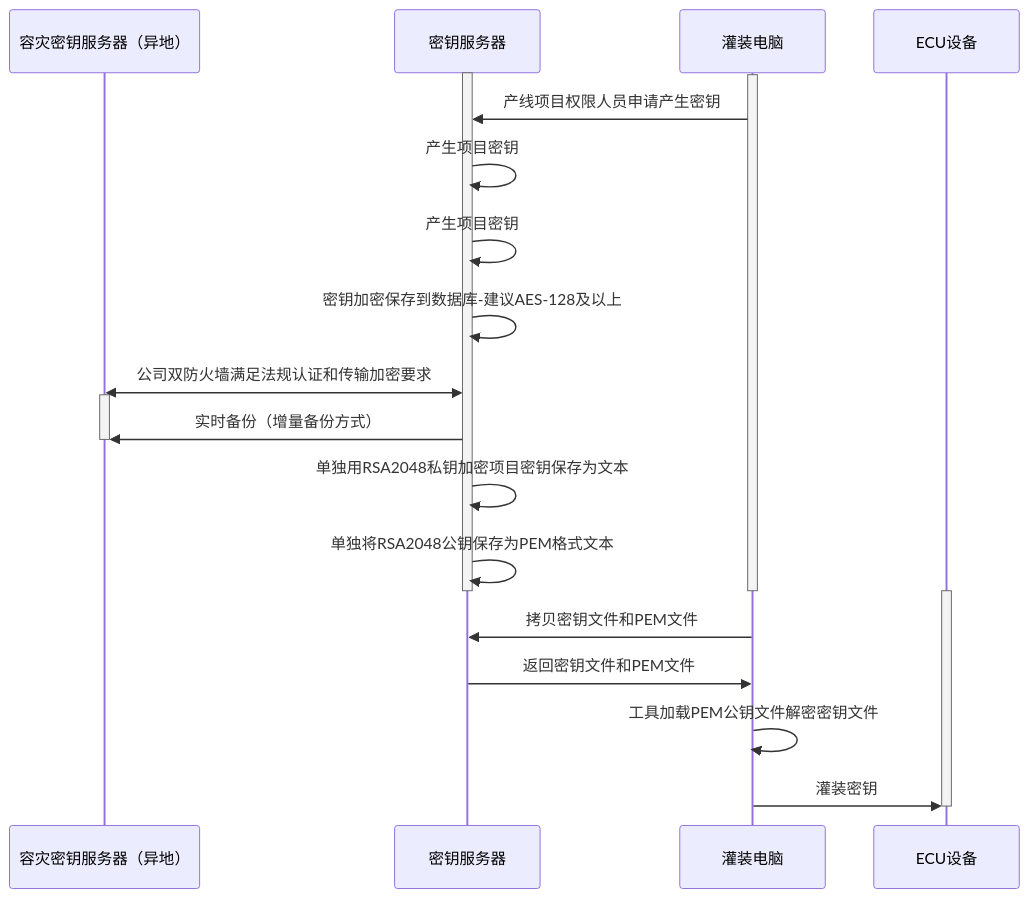
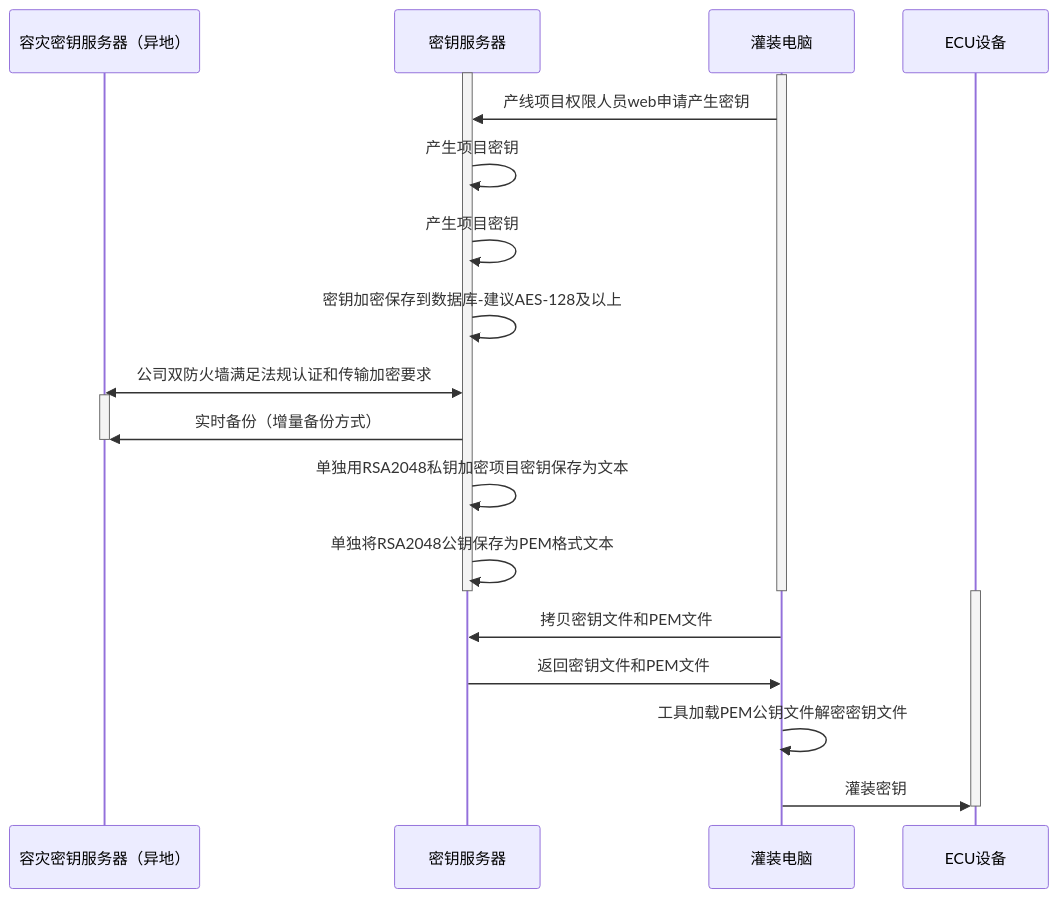
Before and after one commit to facebook-cloud/iodraw-files: the diagram in all/未命名-15.md, drawn with Mermaid.

Commit message:
2026-02-11 19:26:40 update

````diff
--- a/all/未命名-15.md
+++ b/all/未命名-15.md
@@ -1,31 +1,31 @@
 ```mermaid
 sequenceDiagram
     participant A as 容灾密钥服务器（异地）
     participant B as 密钥服务器
     participant D as 灌装电脑
     participant E as ECU设备
 
     activate B
     activate D
-    D->>B: 产线项目权限人员申请产生密钥
+    D->>B: 产线项目权限人员web申请产生密钥
     B->>B: 产生项目密钥
     B->>B: 产生项目密钥
     B->>B: 密钥加密保存到数据库-建议AES-128及以上
     A<<->>B: 公司双防火墙满足法规认证和传输加密要求
 
     activate A
     B->>A: 实时备份（增量备份方式）
     deactivate A
     B->>B: 单独用RSA2048私钥加密项目密钥保存为文本
     B->>B: 单独将RSA2048公钥保存为PEM格式文本
     deactivate B
     deactivate D
 
     activate E
     D->>B: 拷贝密钥文件和PEM文件
     B->>D: 返回密钥文件和PEM文件
     D->>D:工具加载PEM公钥文件解密密钥文件
     D->>E: 灌装密钥
     deactivate E
 
 ```
````
